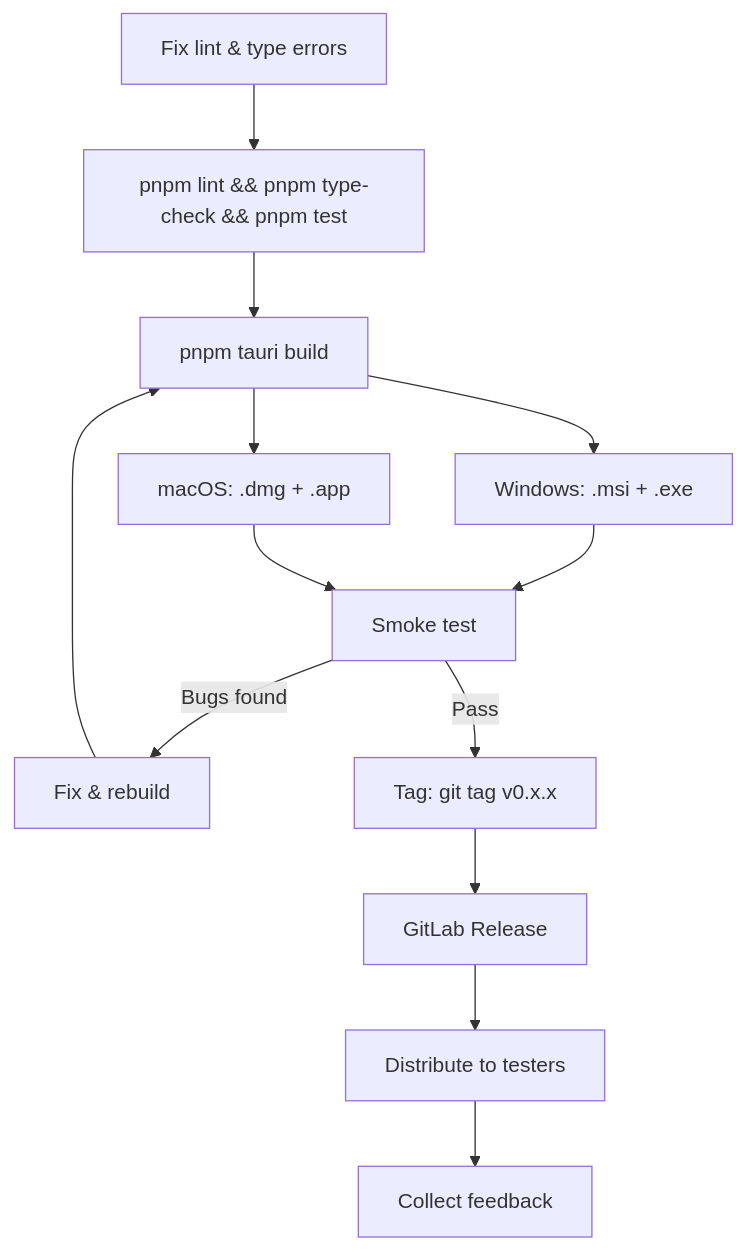
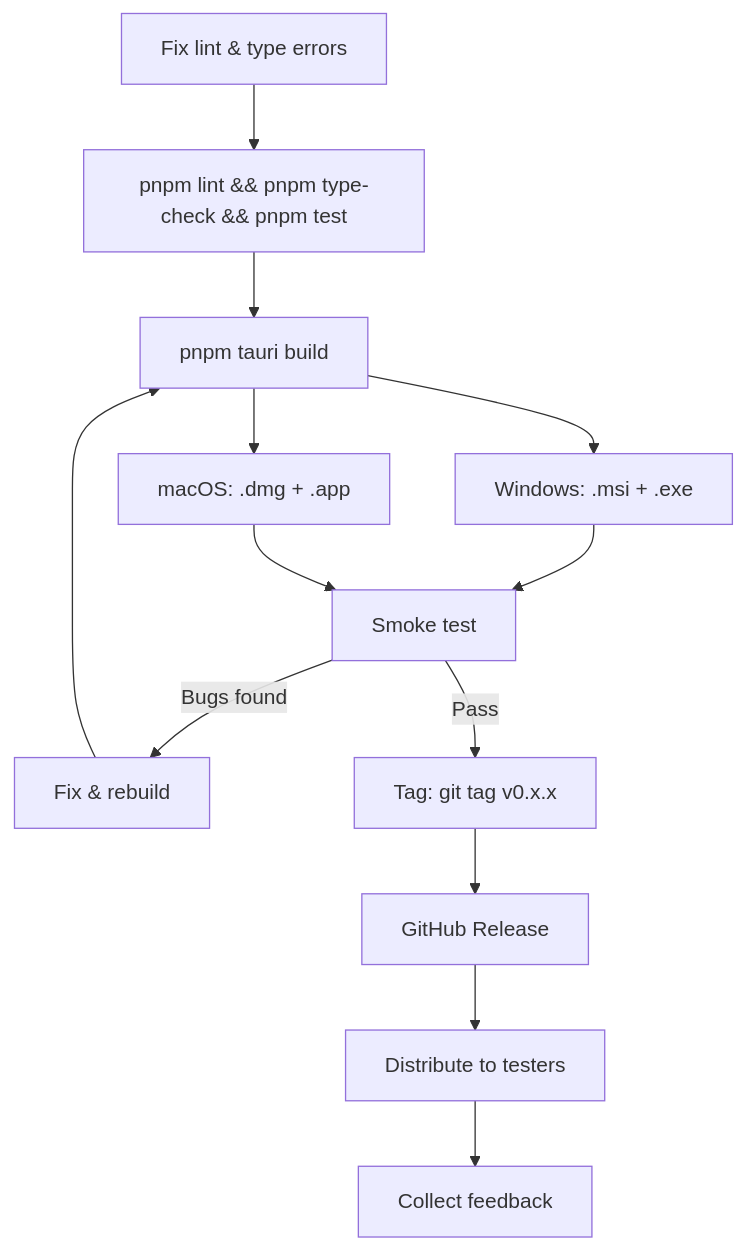
The seventh of 8 diagrams in docs/workflow-guide.md (achoo254/localman), drawn with Mermaid before and after one commit. The commit also changed other lines of this file and 29 other files, not shown here.

First line of the commit message:
Update project documentation and CI/CD configuration for GitHub migration

````diff
--- a/docs/workflow-guide.md
+++ b/docs/workflow-guide.md
@@ -173,15 +173,15 @@
 ```mermaid
 flowchart TD
     A["Fix lint & type errors"] --> B["pnpm lint && pnpm type-check && pnpm test"]
     B --> C["pnpm tauri build"]
     C --> D["Windows: .msi + .exe"]
     C --> E["macOS: .dmg + .app"]
     D --> F["Smoke test"]
     E --> F
     F -->|Bugs found| G["Fix & rebuild"]
     G --> C
     F -->|Pass| H["Tag: git tag v0.x.x"]
-    H --> I["GitLab Release"]
+    H --> I["GitHub Release"]
     I --> J["Distribute to testers"]
     J --> K["Collect feedback"]
 ```
````
